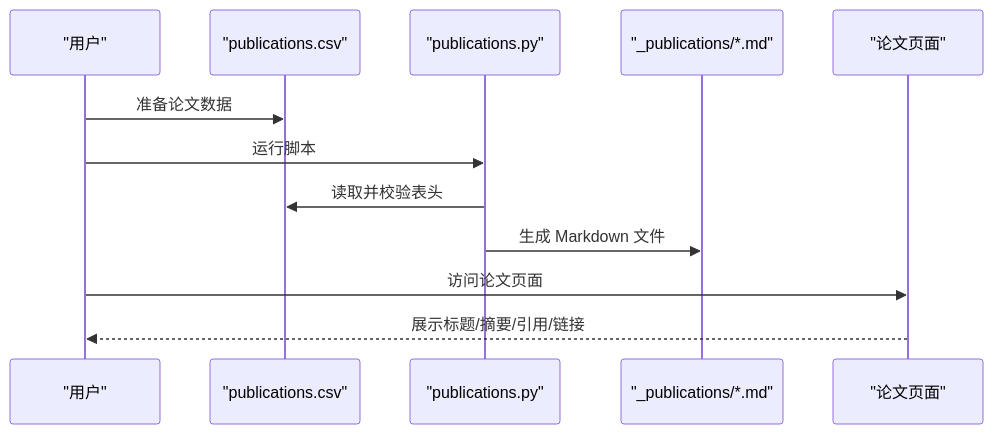
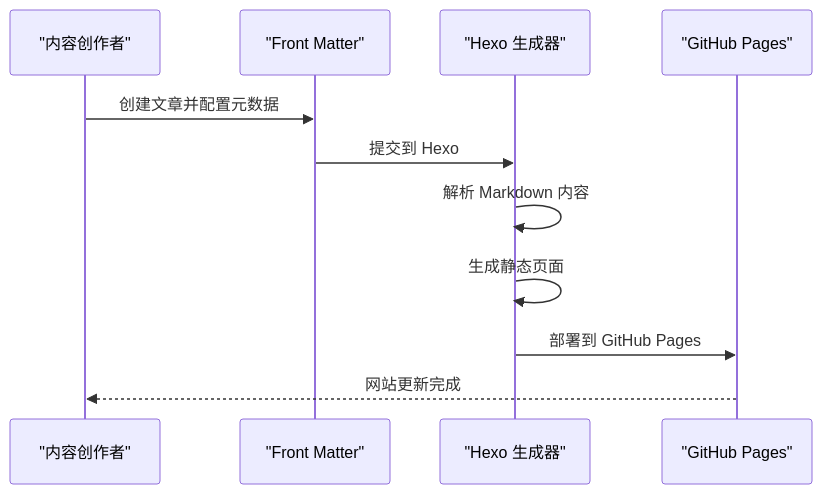
Before and after one commit to CoolPig0720/CoolPig0720.github.io: the third of 5 diagrams in .qoder/repowiki/zh/content/学术功能模块/学术功能模块.md, drawn with Mermaid. The commit also changed other lines of this file and 36 other files, not shown here.

````diff
--- a/.qoder/repowiki/zh/content/学术功能模块/学术功能模块.md
+++ b/.qoder/repowiki/zh/content/学术功能模块/学术功能模块.md
@@ -248,14 +140,13 @@
 ```mermaid
 sequenceDiagram
-participant U as "用户"
-participant CSV as "publications.csv"
-participant PY as "publications.py"
-participant OUT as "_publications/*.md"
-participant PAGE as "论文页面"
-U->>CSV : 准备论文数据
-U->>PY : 运行脚本
-PY->>CSV : 读取并校验表头
-PY->>OUT : 生成 Markdown 文件
-U->>PAGE : 访问论文页面
-PAGE-->>U : 展示标题/摘要/引用/链接
+participant U as "内容创作者"
+participant F as "Front Matter"
+participant H as "Hexo 生成器"
+participant G as "GitHub Pages"
+U->>F : 创建文章并配置元数据
+F->>H : 提交到 Hexo
+H->>H : 解析 Markdown 内容
+H->>H : 生成静态页面
+H->>G : 部署到 GitHub Pages
+G-->>U : 网站更新完成
 ```
````
